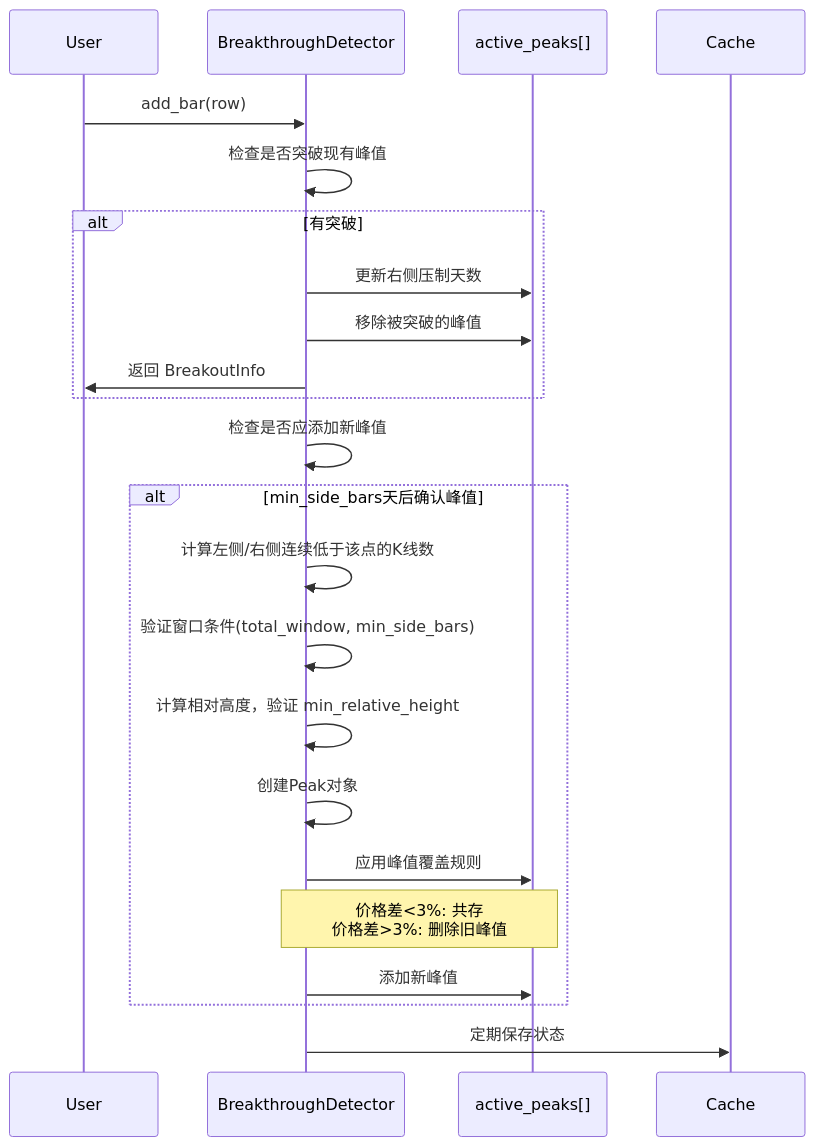
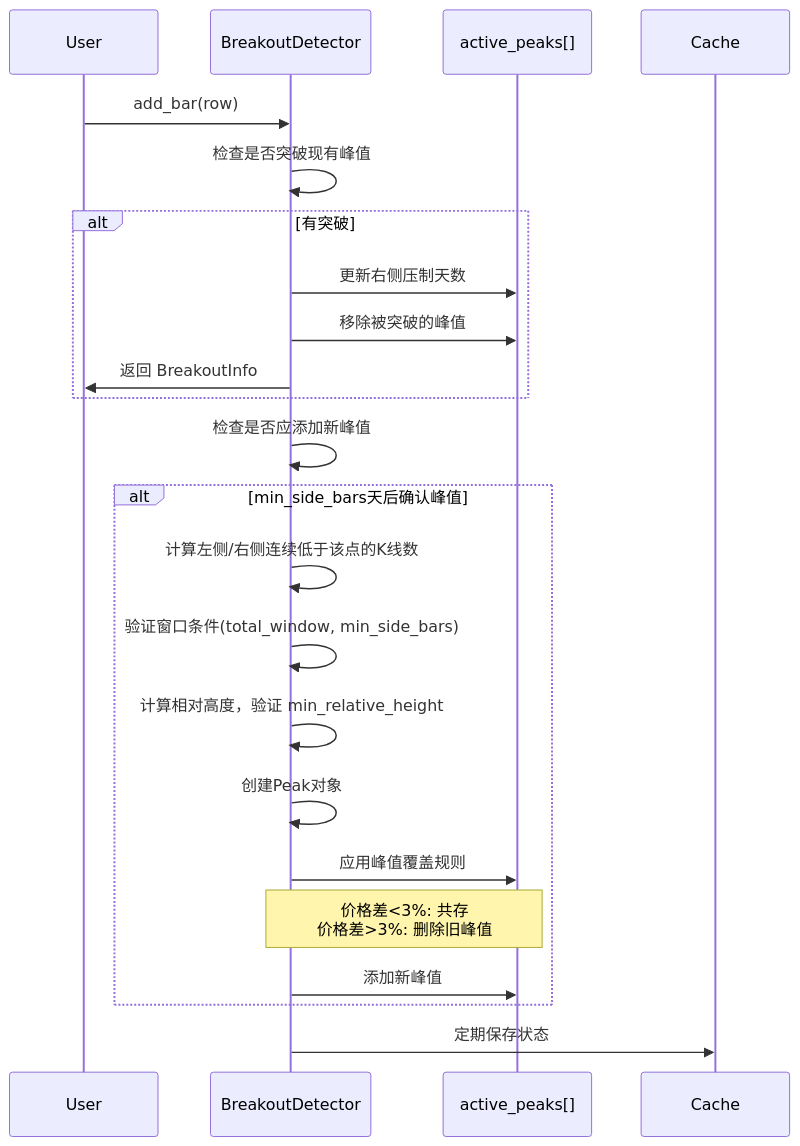
One commit to ufgtb24/Trade_Strategy changed the second of 2 diagrams in docs/modules/specs/02_技术分析模块_IMPL.md. Above: the diagram before and after it, drawn with Mermaid. The commit also changed other lines of this file and 137 other files, not shown here.

````diff
--- a/docs/modules/specs/02_技术分析模块_IMPL.md
+++ b/docs/modules/specs/02_技术分析模块_IMPL.md
@@ -57,28 +58,28 @@
 ```mermaid
 sequenceDiagram
     participant User
-    participant Detector as BreakthroughDetector
+    participant Detector as BreakoutDetector
     participant PeakList as active_peaks[]
     participant Cache
 
     User->>Detector: add_bar(row)
     Detector->>Detector: 检查是否突破现有峰值
     alt 有突破
         Detector->>PeakList: 更新右侧压制天数
         Detector->>PeakList: 移除被突破的峰值
         Detector->>User: 返回 BreakoutInfo
     end
 
     Detector->>Detector: 检查是否应添加新峰值
     alt min_side_bars天后确认峰值
         Detector->>Detector: 计算左侧/右侧连续低于该点的K线数
         Detector->>Detector: 验证窗口条件(total_window, min_side_bars)
         Detector->>Detector: 计算相对高度，验证 min_relative_height
         Detector->>Detector: 创建Peak对象
         Detector->>PeakList: 应用峰值覆盖规则
         Note over Detector,PeakList: 价格差<3%: 共存<br/>价格差>3%: 删除旧峰值
         Detector->>PeakList: 添加新峰值
     end
 
     Detector->>Cache: 定期保存状态
 ```
````
